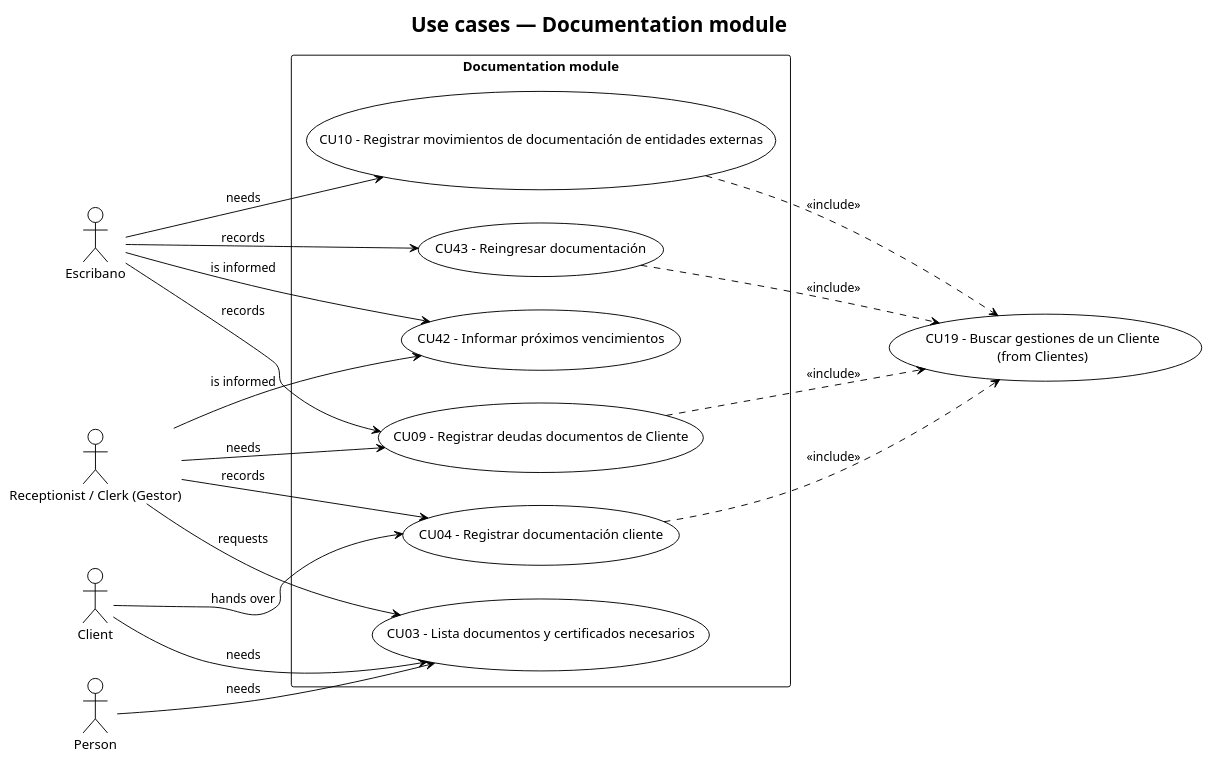
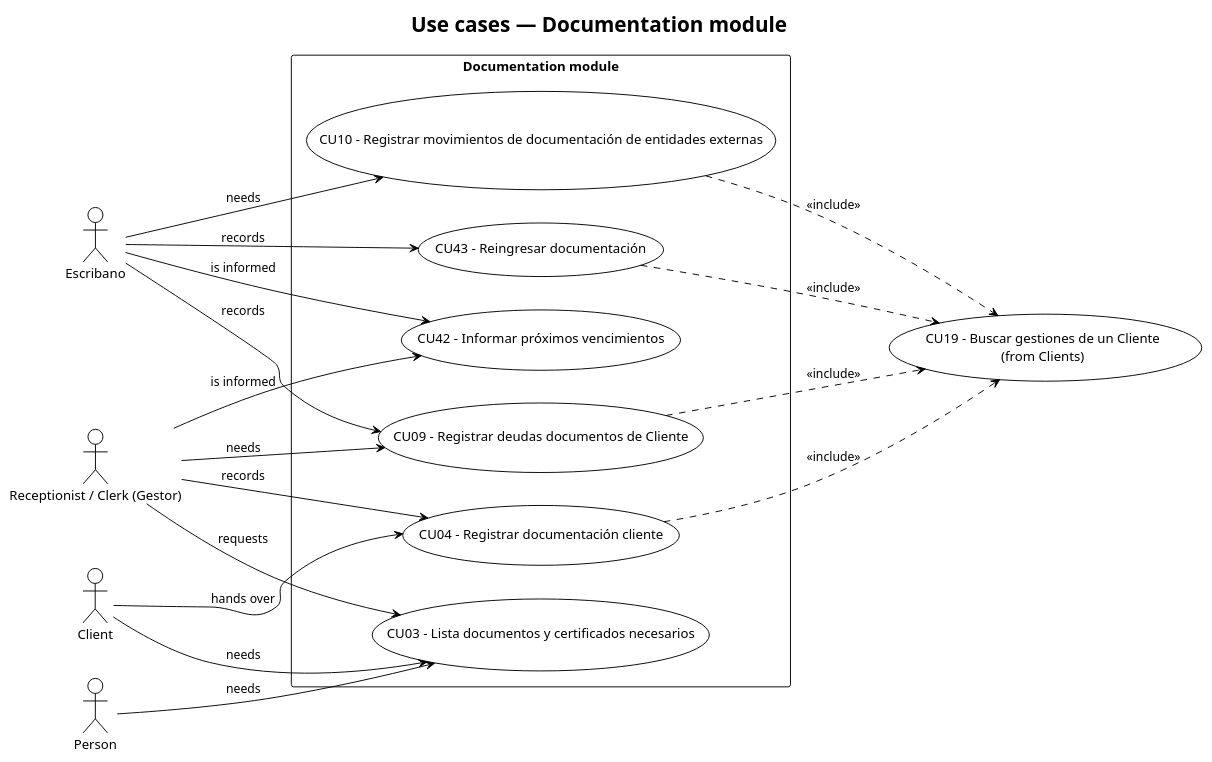
The diagram in docs/200-architecture/204-diagrams/Casos de Uso/gestiones-documentacion.puml (matiaspakua/notaire), drawn with PlantUML before and after one commit. The commit also changed 89 other files, not shown here.

```diff
--- a/docs/200-architecture/204-diagrams/Casos de Uso/gestiones-documentacion.puml
+++ b/docs/200-architecture/204-diagrams/Casos de Uso/gestiones-documentacion.puml
@@ -1,41 +1,41 @@
 @startuml gestiones-documentacion
 !theme plain
 left to right direction
 title Use cases — Documentation module
 
 actor "Receptionist / Clerk (Gestor)" as ReceptionistClerk
 actor Escribano
 actor Client
 actor Person
 
 rectangle "Documentation module" {
   usecase "CU42 - Informar próximos vencimientos" as CU42
   usecase "CU04 - Registrar documentación cliente" as CU04
   usecase "CU03 - Lista documentos y certificados necesarios" as CU03
   usecase "CU09 - Registrar deudas documentos de Cliente" as CU09
   usecase "CU10 - Registrar movimientos de documentación de entidades externas" as CU10
   usecase "CU43 - Reingresar documentación" as CU43
 }
 
-usecase "CU19 - Buscar gestiones de un Cliente\n(from Clientes)" as CU19
+usecase "CU19 - Buscar gestiones de un Cliente\n(from Clients)" as CU19
 
 ReceptionistClerk --> CU42 : is informed
 ReceptionistClerk --> CU04 : records
 ReceptionistClerk --> CU03 : requests
 ReceptionistClerk --> CU09 : needs
 
 Escribano --> CU42 : is informed
 Escribano --> CU09 : records
 Escribano --> CU10 : needs
 Escribano --> CU43 : records
 
 Client --> CU04 : hands over
 Client --> CU03 : needs
 Person --> CU03 : needs
 
 CU04 ..> CU19 : <<include>>
 CU09 ..> CU19 : <<include>>
 CU10 ..> CU19 : <<include>>
 CU43 ..> CU19 : <<include>>
 
 @enduml
```
